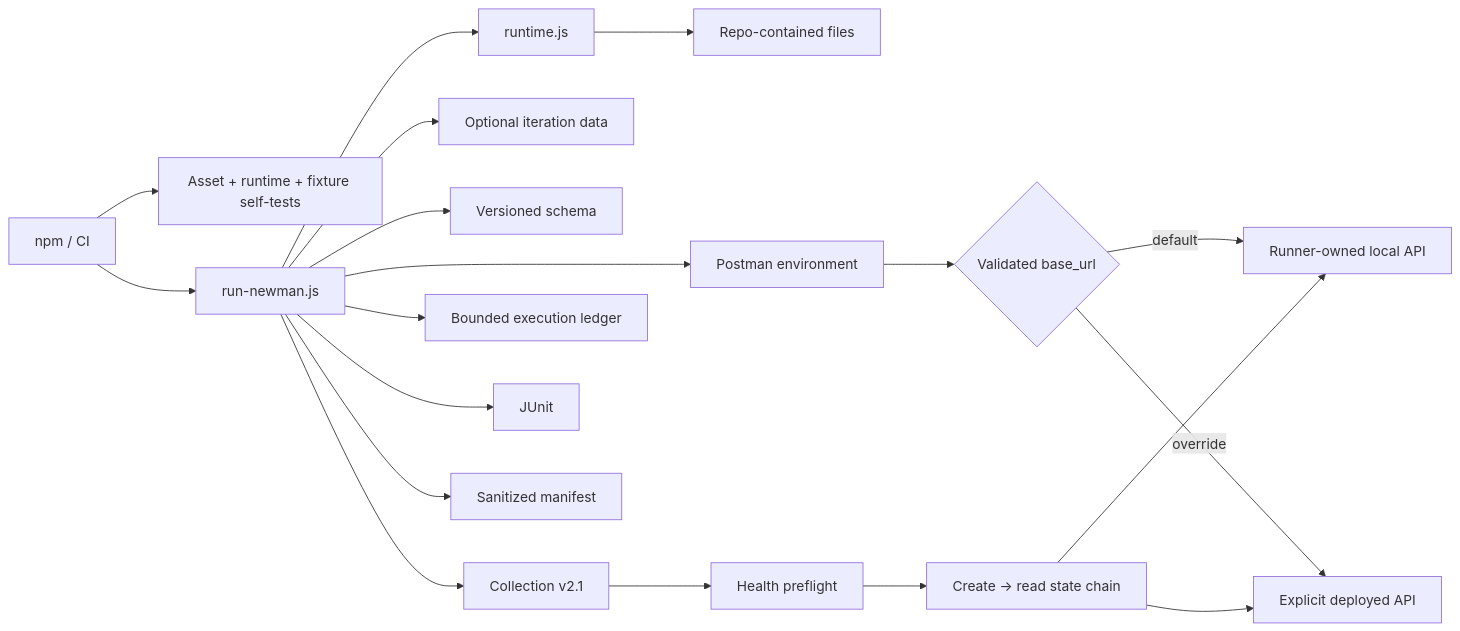
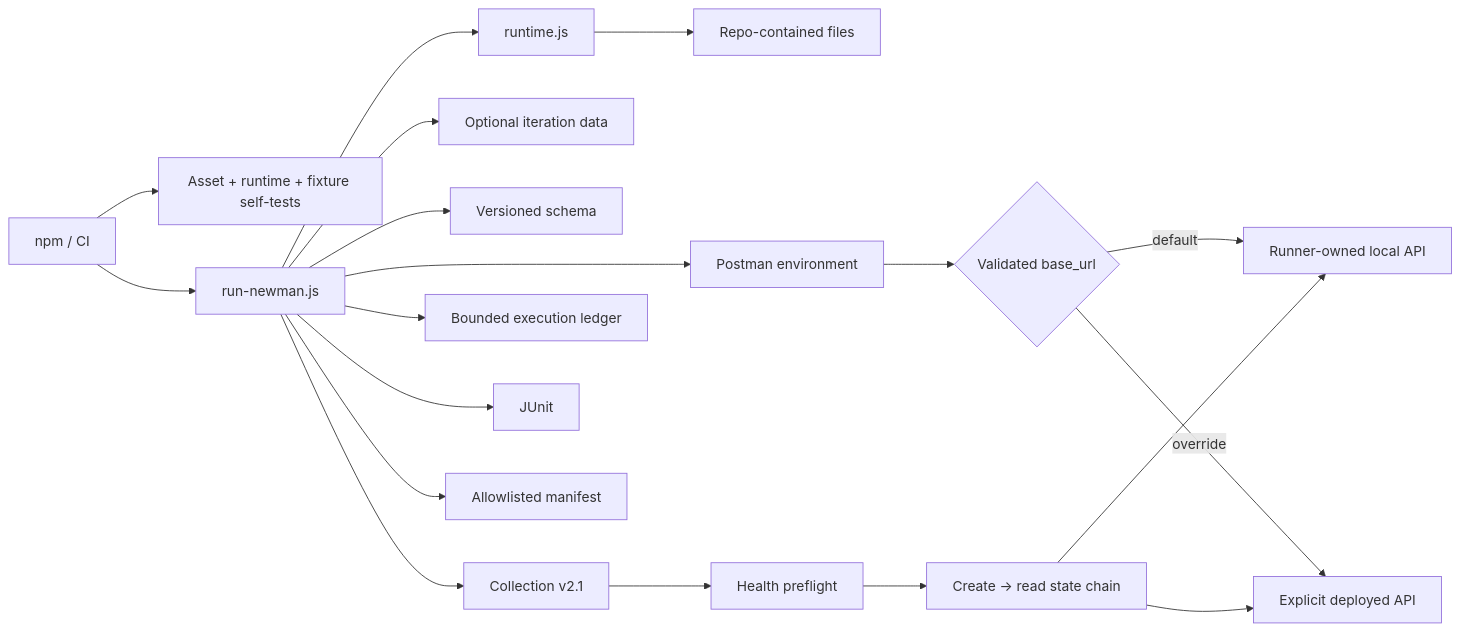
Before and after one commit to portyu9/qa-automation-api-postman-newman: the diagram in docs/ARCHITECTURE.md, drawn with Mermaid. The commit also changed other lines of this file, not shown here.

````diff
--- a/docs/ARCHITECTURE.md
+++ b/docs/ARCHITECTURE.md
@@ -7,21 +7,21 @@
 ```mermaid
 flowchart LR
     CLI[npm / CI] --> VALIDATE[Asset + runtime + fixture self-tests]
     CLI --> RUN[run-newman.js]
     RUN --> RT[runtime.js]
     RT --> FILES[Repo-contained files]
     RUN --> ENV[Postman environment]
     RUN --> DATA[Optional iteration data]
     RUN --> SCHEMA[Versioned schema]
     RUN --> COL[Collection v2.1]
     ENV --> TARGET{Validated base_url}
     TARGET -->|default| LOCAL[Runner-owned local API]
     TARGET -->|override| EXTERNAL[Explicit deployed API]
     COL --> PREFLIGHT[Health preflight]
     PREFLIGHT --> STATE[Create → read state chain]
     STATE --> LOCAL
     STATE --> EXTERNAL
     RUN --> LEDGER[Bounded execution ledger]
     RUN --> J[JUnit]
-    RUN --> M[Sanitized manifest]
+    RUN --> M[Allowlisted manifest]
 ```
````
